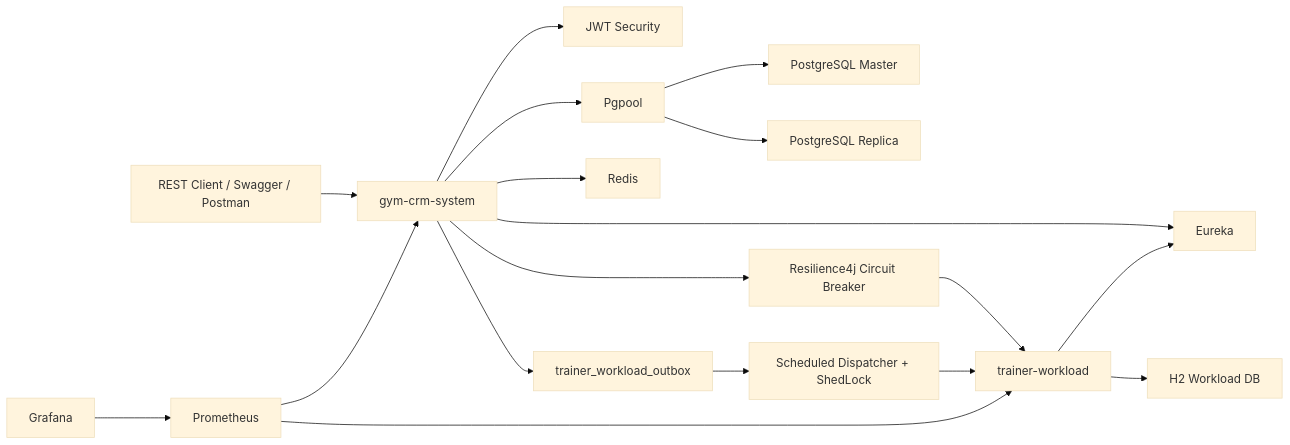
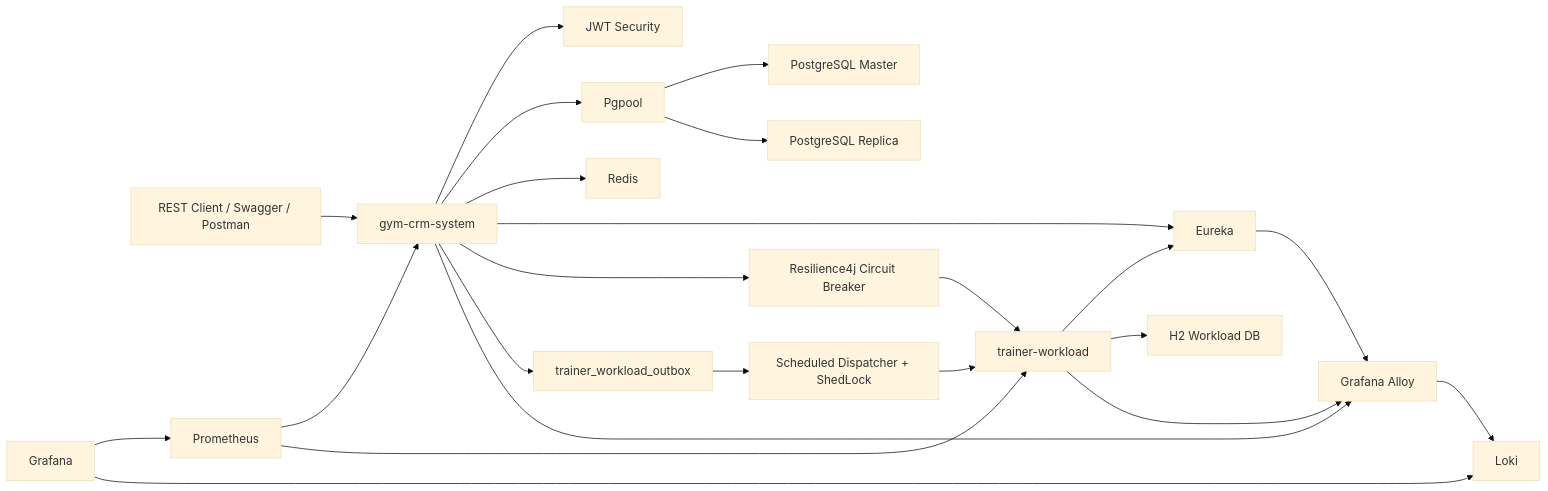
The diagram in README.md (IgorProkhorchuk/gym_crm), drawn with Mermaid (base theme) before and after one commit. The commit also changed other lines of this file and 4 other files, not shown here.

Commit message:
Feat: Integrate Loki and Grafana Alloy for centralized log collection and monitoring

````diff
--- a/README.md
+++ b/README.md
@@ -24,20 +24,25 @@
 ```mermaid
 flowchart LR
     client["REST Client / Swagger / Postman"] --> gym["gym-crm-system"]
     gym --> security["JWT Security"]
     gym --> pgpool["Pgpool"]
     pgpool --> master["PostgreSQL Master"]
     pgpool --> replica["PostgreSQL Replica"]
     gym --> redis["Redis"]
     gym --> eureka["Eureka"]
     workload["trainer-workload"] --> eureka
     gym --> cb["Resilience4j Circuit Breaker"]
     cb --> workload
     gym --> outbox["trainer_workload_outbox"]
     outbox --> dispatcher["Scheduled Dispatcher + ShedLock"]
     dispatcher --> workload
     workload --> h2["H2 Workload DB"]
     prometheus["Prometheus"] --> gym
     prometheus --> workload
+    alloy["Grafana Alloy"] --> loki["Loki"]
+    gym --> alloy
+    workload --> alloy
+    eureka --> alloy
     grafana["Grafana"] --> prometheus
+    grafana --> loki
 ```
````
